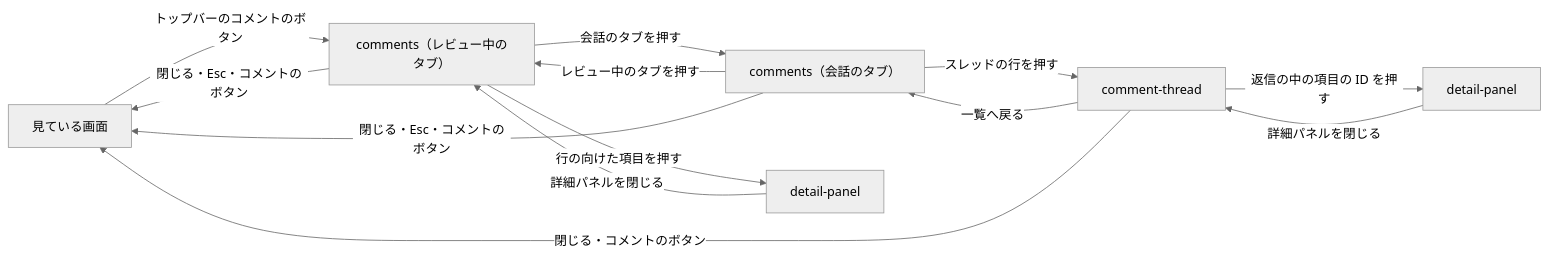
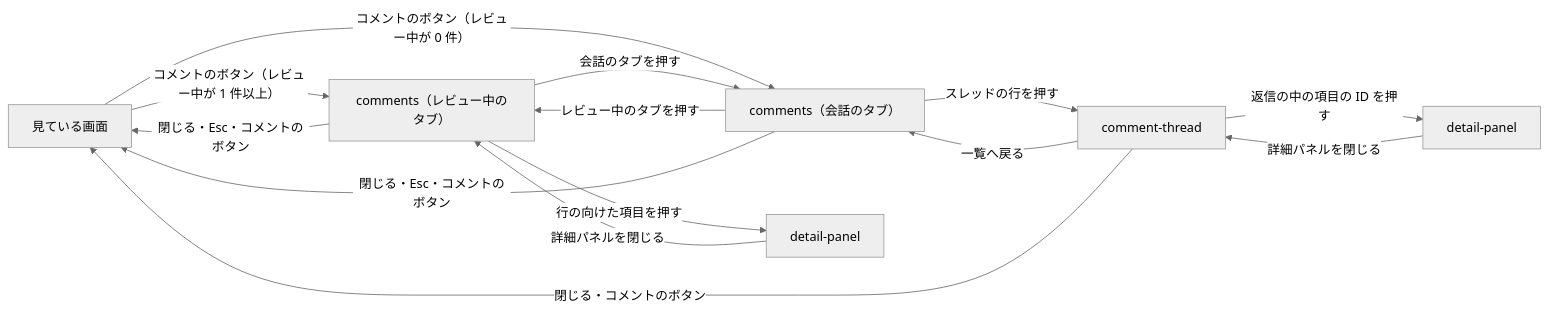
Before and after one commit to shuhei1101/mindstella: the diagram in dev/pr/235/プレビュー.md, drawn with Mermaid (neutral theme). The commit also changed other lines of this file, not shown here.

````diff
--- a/dev/pr/235/プレビュー.md
+++ b/dev/pr/235/プレビュー.md
@@ -38,15 +72,16 @@
 ```mermaid
 flowchart LR
-  V[見ている画面] -->|トップバーのコメントのボタン| C[comments（レビュー中のタブ）]
+  V[見ている画面] -->|コメントのボタン（レビュー中が 1 件以上）| C[comments（レビュー中のタブ）]
+  V -->|コメントのボタン（レビュー中が 0 件）| CT
   C -->|会話のタブを押す| CT[comments（会話のタブ）]
   CT -->|レビュー中のタブを押す| C
   CT -->|スレッドの行を押す| T[comment-thread]
   T -->|一覧へ戻る| CT
   T -->|返信の中の項目の ID を押す| D[detail-panel]
   D -->|詳細パネルを閉じる| T
   C -->|行の向けた項目を押す| D2[detail-panel]
   D2 -->|詳細パネルを閉じる| C
   C -->|閉じる・Esc・コメントのボタン| V
   CT -->|閉じる・Esc・コメントのボタン| V
   T -->|閉じる・コメントのボタン| V
 ```
````
